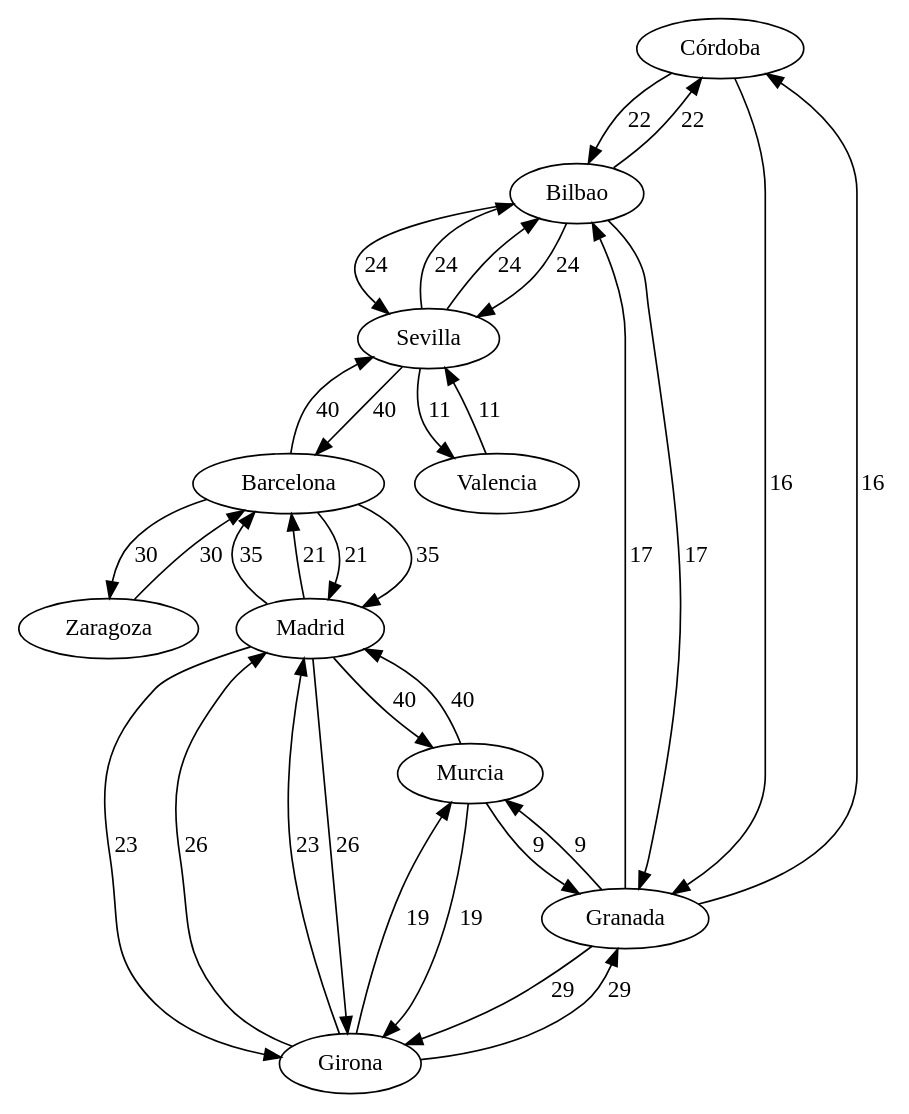
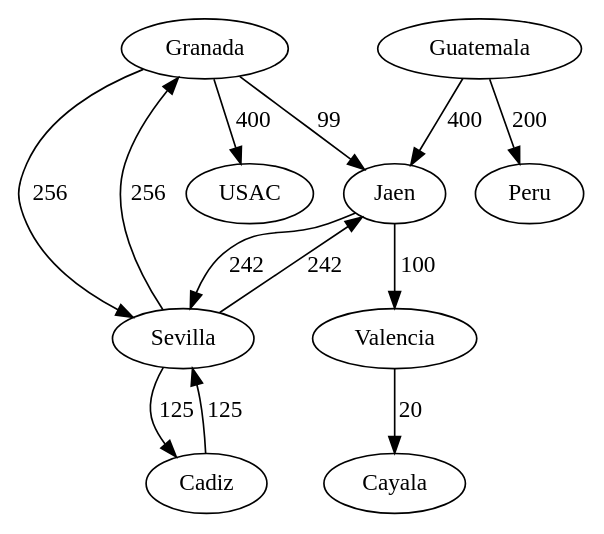
Before and after one commit to moisibot/201930195_EDD_Proyecto: the diagram in cmake-build-debug/grafoRutas.dot, drawn with Graphviz. The commit also changed 35 other files, not shown here.

```diff
--- a/cmake-build-debug/grafoRutas.dot
+++ b/cmake-build-debug/grafoRutas.dot
@@ -1,44 +1,23 @@
 digraph Grafo {
-"Córdoba";
-"Córdoba" -> "Bilbao" [label="22"];
-"Córdoba" -> "Granada" [label="16"];
-"Murcia";
-"Murcia" -> "Madrid" [label="40"];
-"Murcia" -> "Girona" [label="19"];
-"Murcia" -> "Granada" [label="9"];
+"USAC";
+"Cayala";
+"Valencia";
+"Valencia" -> "Cayala" [label="20"];
+"Peru";
+"Guatemala";
+"Guatemala" -> "Jaen" [label="400"];
+"Guatemala" -> "Peru" [label="200"];
+"Jaen";
+"Jaen" -> "Valencia" [label="100"];
+"Jaen" -> "Sevilla" [label="242"];
 "Granada";
-"Granada" -> "Girona" [label="29"];
-"Granada" -> "Córdoba" [label="16"];
-"Granada" -> "Murcia" [label="9"];
-"Granada" -> "Bilbao" [label="17"];
-"Bilbao";
-"Bilbao" -> "Córdoba" [label="22"];
-"Bilbao" -> "Sevilla" [label="24"];
-"Bilbao" -> "Granada" [label="17"];
-"Bilbao" -> "Sevilla" [label="24"];
-"Valencia";
-"Valencia" -> "Sevilla" [label="11"];
+"Granada" -> "USAC" [label="400"];
+"Granada" -> "Jaen" [label="99"];
+"Granada" -> "Sevilla" [label="256"];
 "Sevilla";
-"Sevilla" -> "Bilbao" [label="24"];
-"Sevilla" -> "Bilbao" [label="24"];
-"Sevilla" -> "Valencia" [label="11"];
-"Sevilla" -> "Barcelona" [label="40"];
-"Zaragoza";
-"Zaragoza" -> "Barcelona" [label="30"];
-"Barcelona";
-"Barcelona" -> "Sevilla" [label="40"];
-"Barcelona" -> "Zaragoza" [label="30"];
-"Barcelona" -> "Madrid" [label="35"];
-"Barcelona" -> "Madrid" [label="21"];
-"Madrid";
-"Madrid" -> "Murcia" [label="40"];
-"Madrid" -> "Barcelona" [label="35"];
-"Madrid" -> "Barcelona" [label="21"];
-"Madrid" -> "Girona" [label="26"];
-"Madrid" -> "Girona" [label="23"];
-"Girona";
-"Girona" -> "Murcia" [label="19"];
-"Girona" -> "Granada" [label="29"];
-"Girona" -> "Madrid" [label="26"];
-"Girona" -> "Madrid" [label="23"];
+"Sevilla" -> "Jaen" [label="242"];
+"Sevilla" -> "Granada" [label="256"];
+"Sevilla" -> "Cadiz" [label="125"];
+"Cadiz";
+"Cadiz" -> "Sevilla" [label="125"];
 }
```
